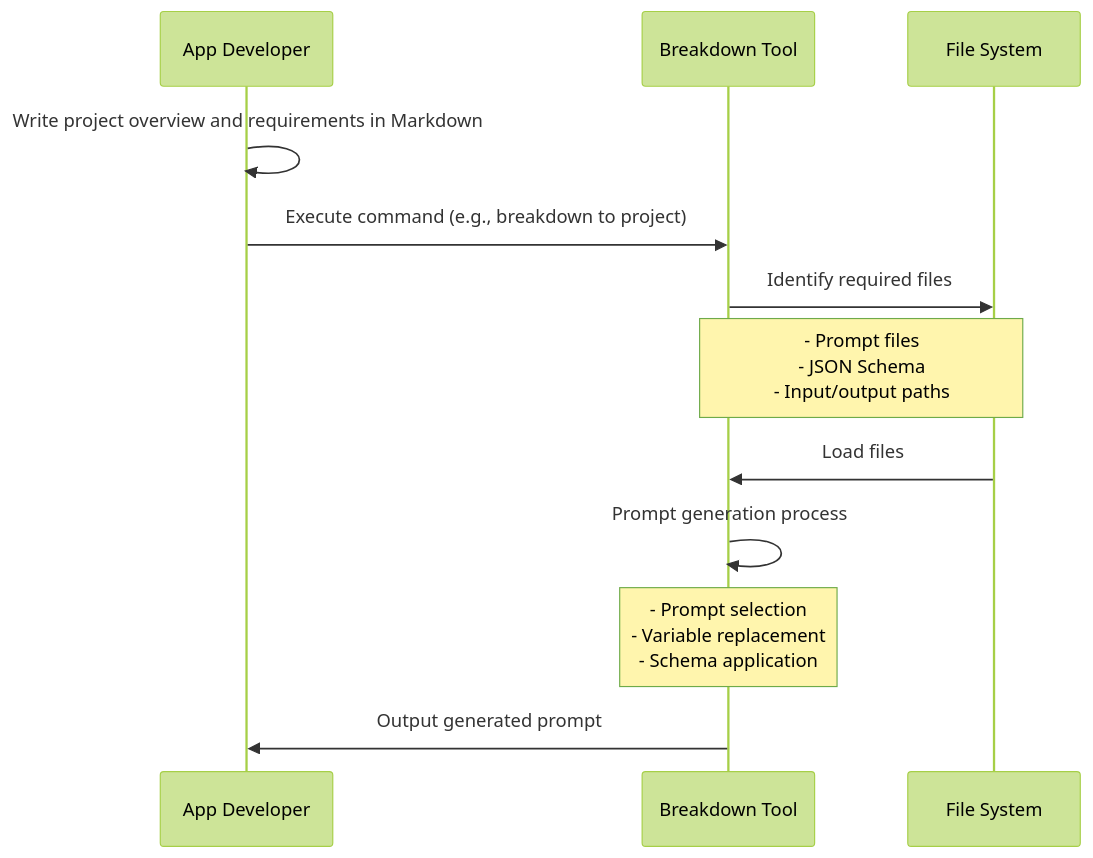
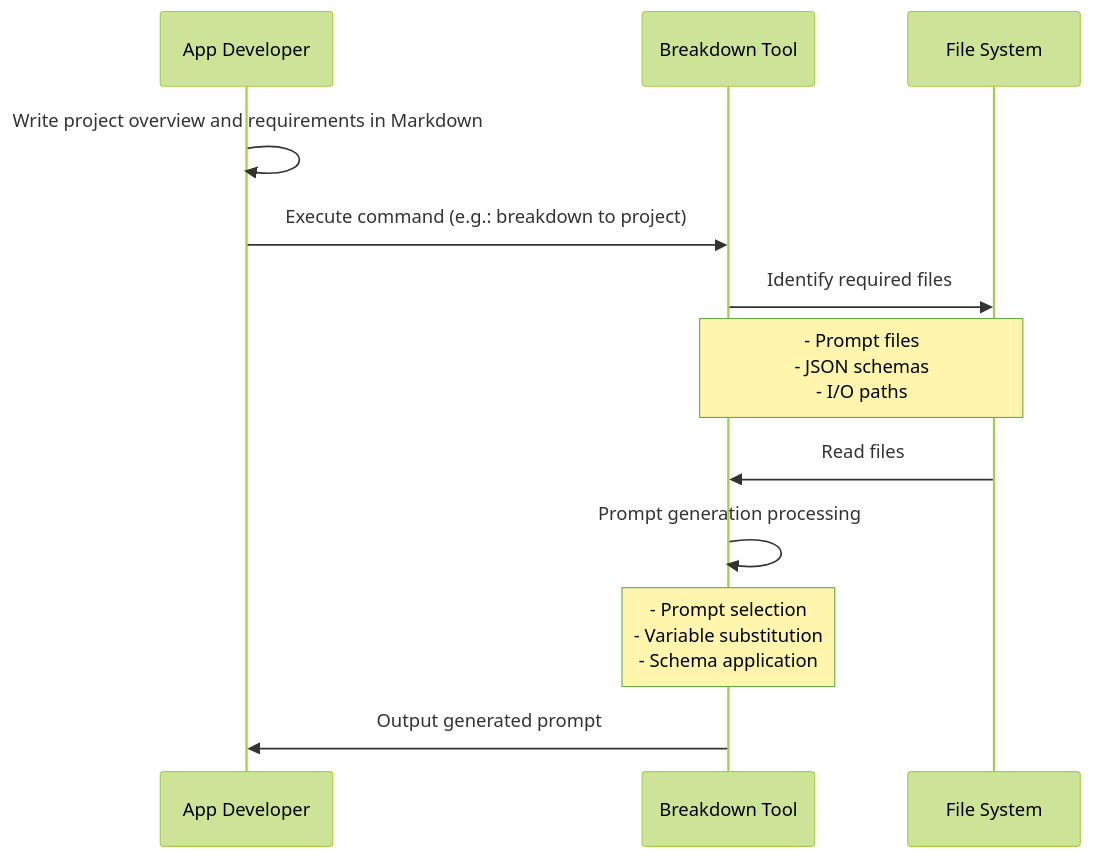
Before and after one commit to tettuan/breakdown: the first of 2 diagrams in docs/index.md, drawn with Mermaid (forest theme). The commit also changed other lines of this file and 51 other files, not shown here.

````diff
--- a/docs/index.md
+++ b/docs/index.md
@@ -32,15 +32,15 @@
 ```mermaid
 sequenceDiagram
   participant Developer as App Developer
   participant Breakdown as Breakdown Tool
   participant Files as File System
 
   Developer->>Developer: Write project overview and requirements in Markdown
-  Developer->>Breakdown: Execute command (e.g., breakdown to project)
+  Developer->>Breakdown: Execute command (e.g.: breakdown to project)
   Breakdown->>Files: Identify required files
-  Note over Breakdown,Files: - Prompt files<br>- JSON Schema<br>- Input/output paths
-  Files->>Breakdown: Load files
-  Breakdown->>Breakdown: Prompt generation process
-  Note over Breakdown: - Prompt selection<br>- Variable replacement<br>- Schema application
+  Note over Breakdown,Files: - Prompt files<br>- JSON schemas<br>- I/O paths
+  Files->>Breakdown: Read files
+  Breakdown->>Breakdown: Prompt generation processing
+  Note over Breakdown: - Prompt selection<br>- Variable substitution<br>- Schema application
   Breakdown->>Developer: Output generated prompt
 ```
````
